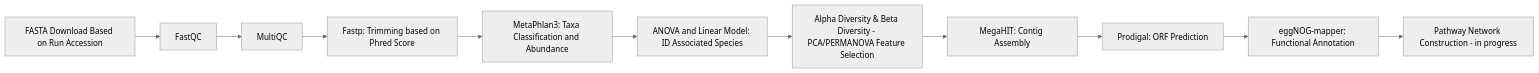
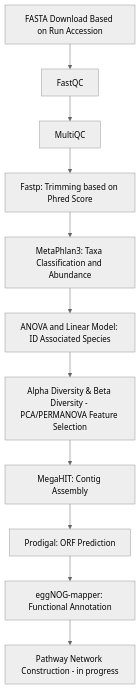
The diagram in README.md (tran986/colon_cancer_metaG), drawn with Mermaid (neutral theme) before and after one commit. The commit also changed other lines of this file, not shown here.

````diff
--- a/README.md
+++ b/README.md
@@ -14,13 +17,13 @@
 ```mermaid
-flowchart LR
+flowchart TD
     A[FASTA Download Based on Run Accession] --> B[FastQC]
     B --> C[MultiQC]
     C --> D[Fastp: Trimming based on Phred Score]
     D --> E[MetaPhlan3: Taxa Classification and Abundance]
     E --> F[ANOVA and Linear Model: ID Associated Species]
     F --> G[Alpha Diversity & Beta Diversity - PCA/PERMANOVA Feature Selection]
     G --> H[MegaHIT: Contig Assembly]
     H --> I[Prodigal: ORF Prediction]
     I --> J[eggNOG-mapper: Functional Annotation]
     J --> K[Pathway Network Construction - in progress]
 ```
````
